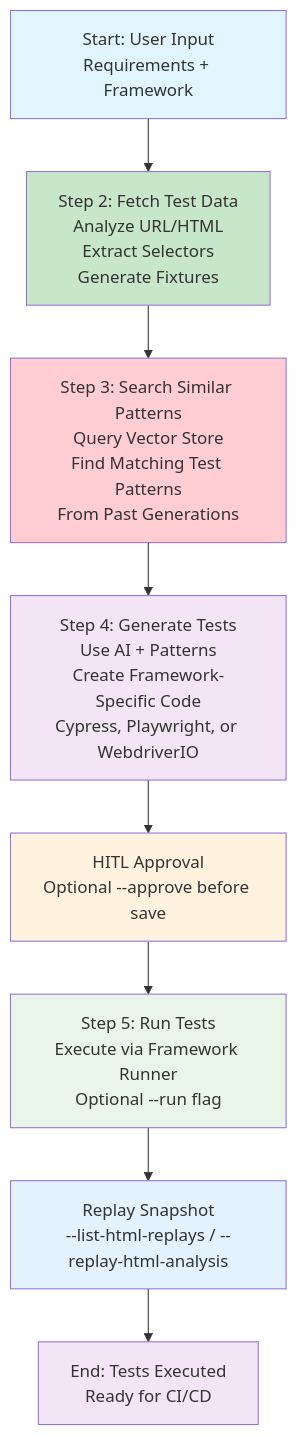
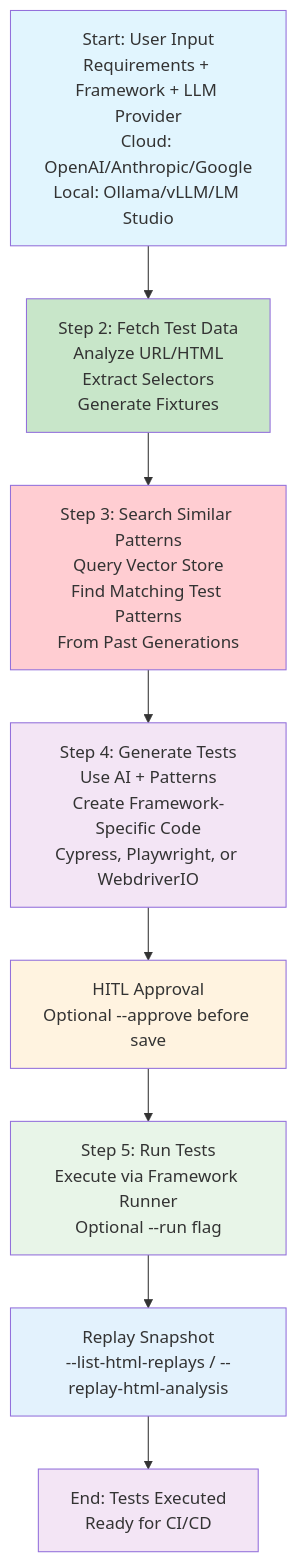
Before and after one commit to aiqualitylab/ai-natural-language-tests: the diagram in .github/images/langgraph-workflow.mmd, drawn with Mermaid. The commit also changed 2 other files, not shown here.

Commit message:
support: update workflow diagrams for local llm support provider

```diff
--- a/.github/images/langgraph-workflow.mmd
+++ b/.github/images/langgraph-workflow.mmd
@@ -1,17 +1,17 @@
 flowchart TD
-    A[Start: User Input<br/>Requirements + Framework] --> C[Step 2: Fetch Test Data<br/>Analyze URL/HTML<br/>Extract Selectors<br/>Generate Fixtures]
+    A[Start: User Input<br/>Requirements + Framework + LLM Provider<br/>Cloud: OpenAI/Anthropic/Google<br/>Local: Ollama/vLLM/LM Studio] --> C[Step 2: Fetch Test Data<br/>Analyze URL/HTML<br/>Extract Selectors<br/>Generate Fixtures]
     C --> D[Step 3: Search Similar Patterns<br/>Query Vector Store<br/>Find Matching Test Patterns<br/>From Past Generations]
     D --> E[Step 4: Generate Tests<br/>Use AI + Patterns<br/>Create Framework-Specific Code<br/>Cypress, Playwright, or WebdriverIO]
     E --> H[HITL Approval<br/>Optional --approve before save]
     H --> F[Step 5: Run Tests<br/>Execute via Framework Runner<br/>Optional --run flag]
     F --> R[Replay Snapshot<br/>--list-html-replays / --replay-html-analysis]
     R --> G[End: Tests Executed<br/>Ready for CI/CD]
 
     style A fill:#e1f5fe
     style C fill:#c8e6c9
     style D fill:#ffcdd2
     style E fill:#f3e5f5
     style F fill:#e8f5e8
     style H fill:#fff3e0
     style R fill:#e3f2fd
     style G fill:#f3e5f5
```
